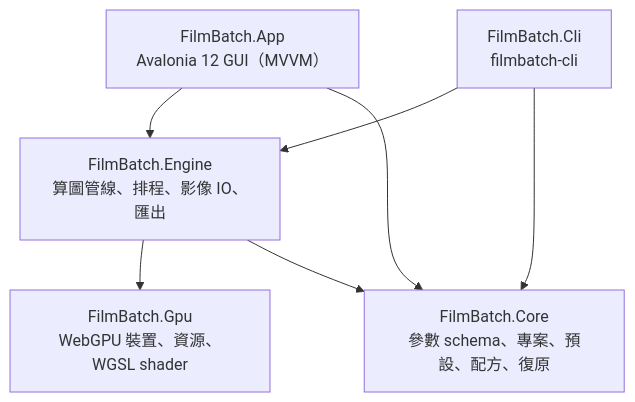
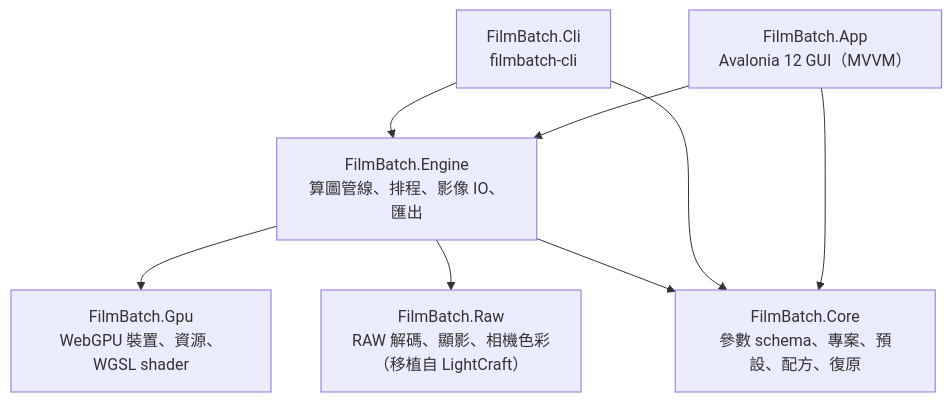
One commit to minexo79/FilmBatch changed the first of 5 diagrams in docs/architecture.md. Above: the diagram before and after it, drawn with Mermaid. The commit also changed other lines of this file and 177 other files, not shown here.

````diff
--- a/docs/architecture.md
+++ b/docs/architecture.md
@@ -51,11 +51,13 @@
 ```mermaid
 flowchart TB
     App["FilmBatch.App<br/>Avalonia 12 GUI（MVVM）"] --> Engine
     Cli["FilmBatch.Cli<br/>filmbatch-cli"] --> Engine
     App --> Core
     Cli --> Core
     Engine["FilmBatch.Engine<br/>算圖管線、排程、影像 IO、匯出"] --> Gpu
     Engine --> Core
+    Engine --> Raw
     Gpu["FilmBatch.Gpu<br/>WebGPU 裝置、資源、WGSL shader"]
     Core["FilmBatch.Core<br/>參數 schema、專案、預設、配方、復原"]
+    Raw["FilmBatch.Raw<br/>RAW 解碼、顯影、相機色彩（移植自 LightCraft）"]
 ```
````
